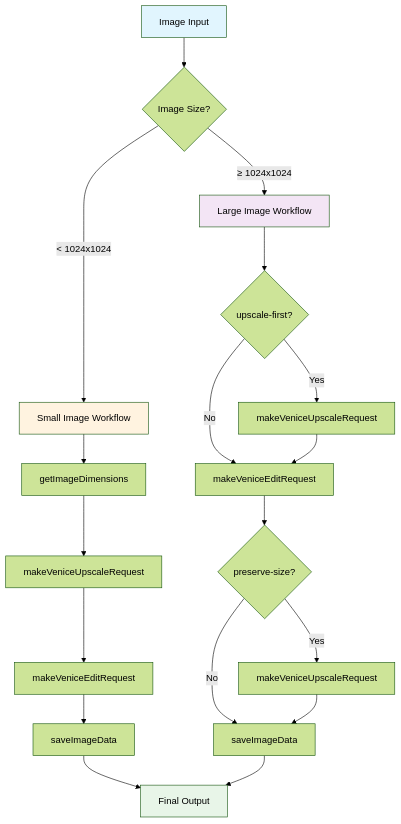
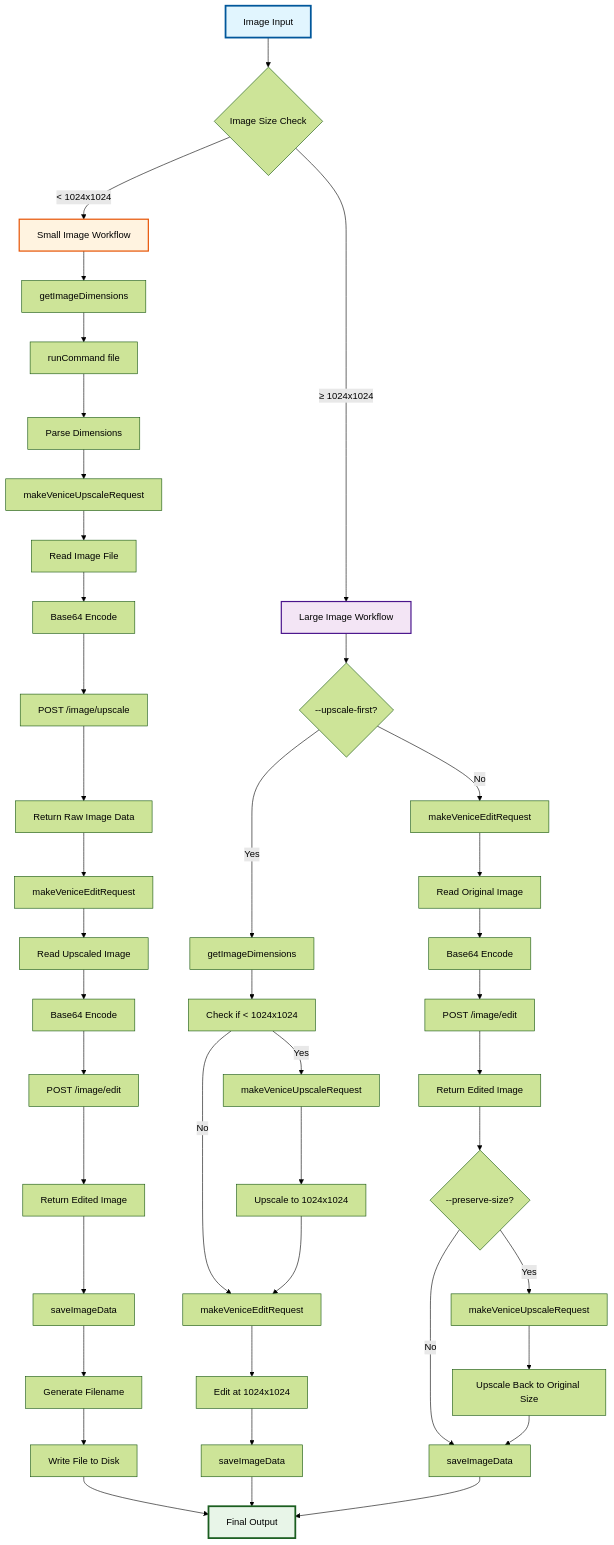
Before and after one commit to whykusanagi/celesteCLI: the first of 5 diagrams in README.md, drawn with Mermaid (forest theme). The commit also changed other lines of this file, not shown here.

First line of the commit message:
Enhance Mermaid diagrams with detailed function calls

````diff
--- a/README.md
+++ b/README.md
@@ -122,29 +122,54 @@
 ```mermaid
 graph TD
-    A[Image Input] --> B{Image Size?}
+    A[Image Input] --> B{Image Size Check}
     
     B -->|< 1024x1024| C[Small Image Workflow]
     B -->|≥ 1024x1024| D[Large Image Workflow]
     
     C --> E[getImageDimensions]
-    E --> F[makeVeniceUpscaleRequest]
-    F --> G[makeVeniceEditRequest]
-    G --> H[saveImageData]
+    E --> E1[runCommand file]
+    E1 --> E2[Parse Dimensions]
+    E2 --> F[makeVeniceUpscaleRequest]
+    F --> F1[Read Image File]
+    F1 --> F2[Base64 Encode]
+    F2 --> F3[POST /image/upscale]
+    F3 --> F4[Return Raw Image Data]
+    F4 --> G[makeVeniceEditRequest]
+    G --> G1[Read Upscaled Image]
+    G1 --> G2[Base64 Encode]
+    G2 --> G3[POST /image/edit]
+    G3 --> G4[Return Edited Image]
+    G4 --> H[saveImageData]
+    H --> H1[Generate Filename]
+    H1 --> H2[Write File to Disk]
     
-    D --> I{upscale-first?}
-    I -->|Yes| J[makeVeniceUpscaleRequest]
-    I -->|No| K[makeVeniceEditRequest]
-    J --> K
-    K --> L{preserve-size?}
-    L -->|Yes| M[makeVeniceUpscaleRequest]
-    L -->|No| N[saveImageData]
-    M --> N
+    D --> I{--upscale-first?}
+    I -->|Yes| J[getImageDimensions]
+    J --> J1[Check if < 1024x1024]
+    J1 -->|Yes| K[makeVeniceUpscaleRequest]
+    J1 -->|No| L[makeVeniceEditRequest]
+    K --> K1[Upscale to 1024x1024]
+    K1 --> L
+    L --> L1[Edit at 1024x1024]
+    L1 --> M[saveImageData]
     
-    H --> O[Final Output]
-    N --> O
+    I -->|No| N[makeVeniceEditRequest]
+    N --> N1[Read Original Image]
+    N1 --> N2[Base64 Encode]
+    N2 --> N3[POST /image/edit]
+    N3 --> N4[Return Edited Image]
+    N4 --> O{--preserve-size?}
+    O -->|Yes| P[makeVeniceUpscaleRequest]
+    O -->|No| Q[saveImageData]
+    P --> P1[Upscale Back to Original Size]
+    P1 --> Q
     
-    style A fill:#e1f5fe
-    style C fill:#fff3e0
-    style D fill:#f3e5f5
-    style O fill:#e8f5e8
+    H2 --> R[Final Output]
+    M --> R
+    Q --> R
+    
+    style A fill:#e1f5fe,stroke:#01579b,stroke-width:3px
+    style C fill:#fff3e0,stroke:#e65100,stroke-width:2px
+    style D fill:#f3e5f5,stroke:#4a148c,stroke-width:2px
+    style R fill:#e8f5e8,stroke:#1b5e20,stroke-width:3px
 ```
````
